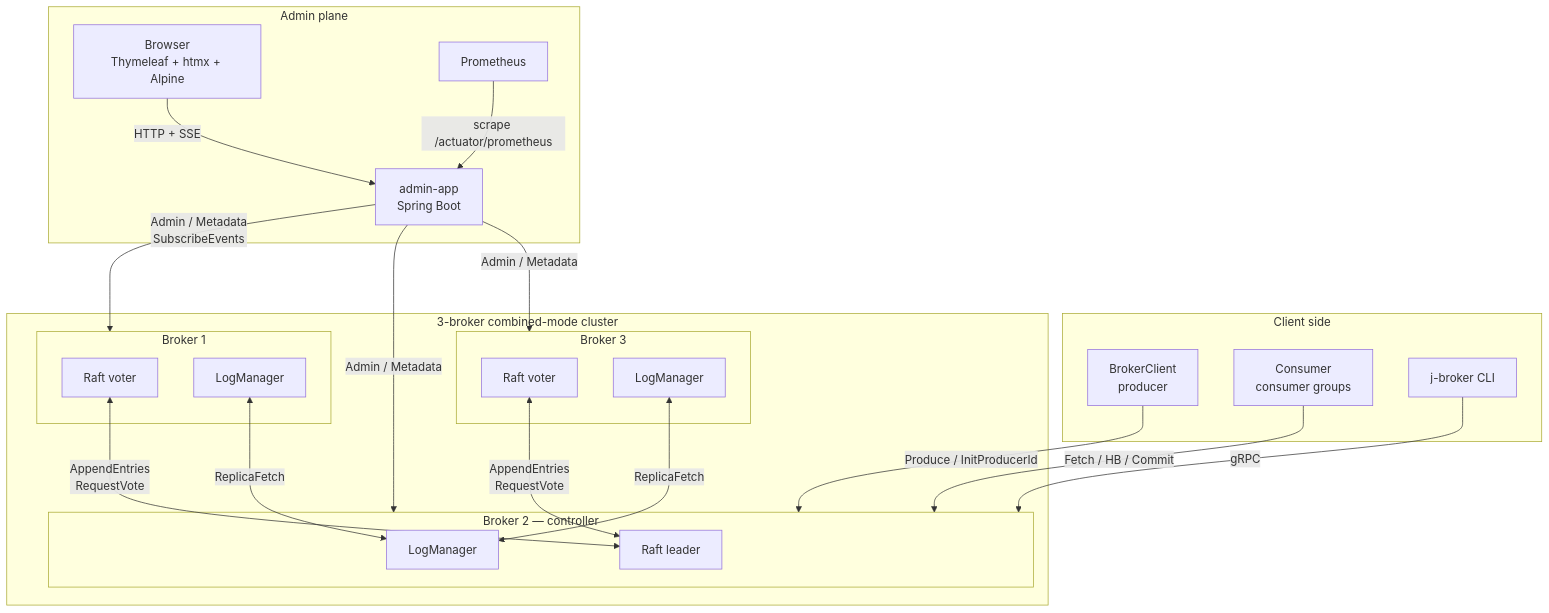
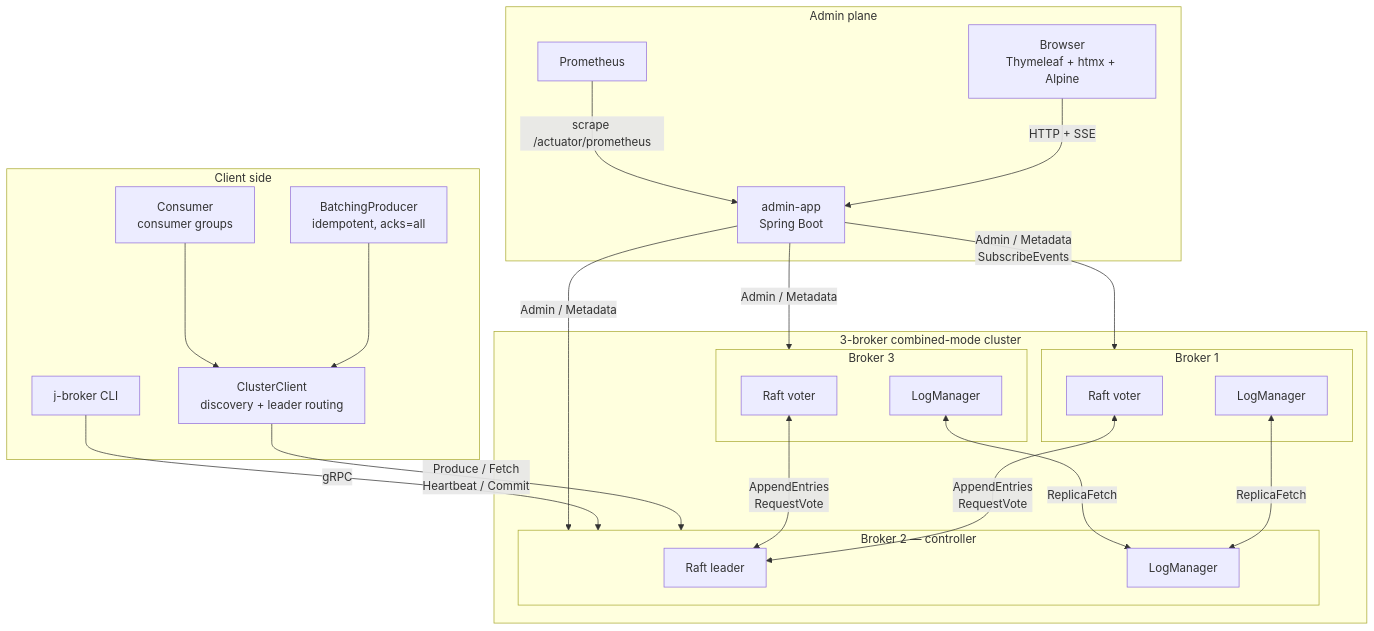
The diagram in README.md (jeremainecheong/j-broker), drawn with Mermaid before and after one commit. The commit also changed other lines of this file and 3 other files, not shown here.

Commit message:
docs: catch runbooks, chart table, and demo script up to the shipped alerts and chaos gate

````diff
--- a/README.md
+++ b/README.md
@@ -116,42 +209,44 @@
 ```mermaid
 flowchart TB
     subgraph ClientSide[Client side]
-        Producer[BrokerClient<br/>producer]
+        Producer[BatchingProducer<br/>idempotent, acks=all]
         Consumer[Consumer<br/>consumer groups]
+        CC[ClusterClient<br/>discovery + leader routing]
         CLI[j-broker CLI]
     end
 
     subgraph Cluster[3-broker combined-mode cluster]
         subgraph Broker1[Broker 1]
             B1R[Raft voter]
             B1L[LogManager]
         end
         subgraph Broker2[Broker 2 — controller]
             B2R[Raft leader]
             B2L[LogManager]
         end
         subgraph Broker3[Broker 3]
             B3R[Raft voter]
             B3L[LogManager]
         end
         B1R <-->|AppendEntries<br/>RequestVote| B2R
         B3R <-->|AppendEntries<br/>RequestVote| B2R
         B1L <-->|ReplicaFetch| B2L
         B3L <-->|ReplicaFetch| B2L
     end
 
     subgraph AdminSide[Admin plane]
         AdminApp[admin-app<br/>Spring Boot]
         Browser[Browser<br/>Thymeleaf + htmx + Alpine]
         Prom[Prometheus]
     end
 
-    Producer -->|Produce / InitProducerId| Broker2
-    Consumer -->|Fetch / HB / Commit| Broker2
+    Producer --> CC
+    Consumer --> CC
+    CC -->|Produce / Fetch<br/>Heartbeat / Commit| Broker2
     CLI -->|gRPC| Broker2
     AdminApp -->|Admin / Metadata<br/>SubscribeEvents| Broker1
     AdminApp -->|Admin / Metadata| Broker2
     AdminApp -->|Admin / Metadata| Broker3
     Browser -->|HTTP + SSE| AdminApp
     Prom -->|scrape /actuator/prometheus| AdminApp
 ```
````
